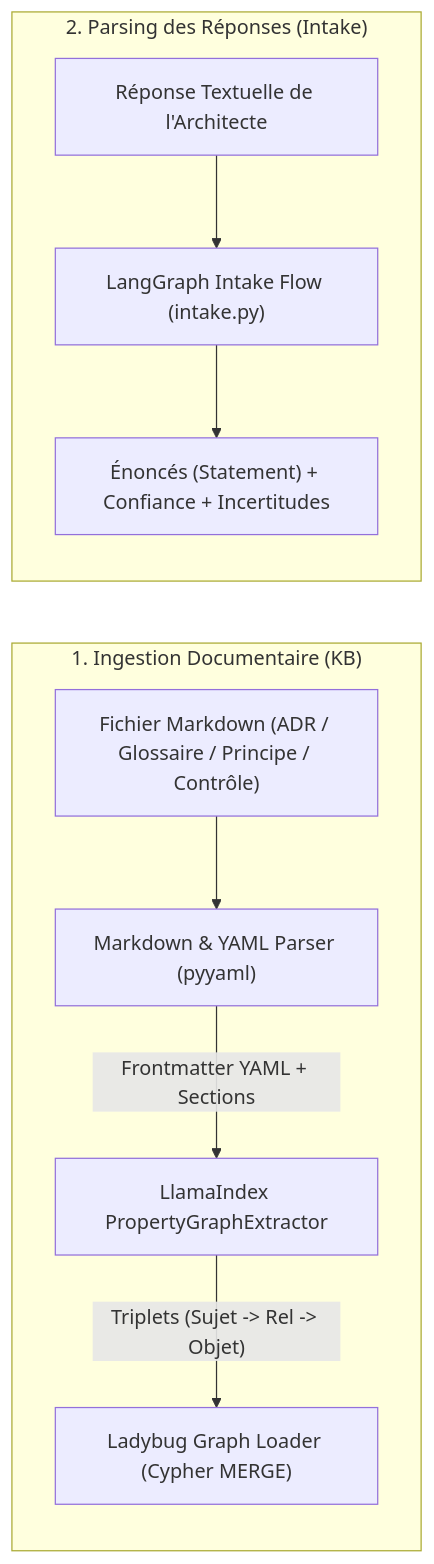
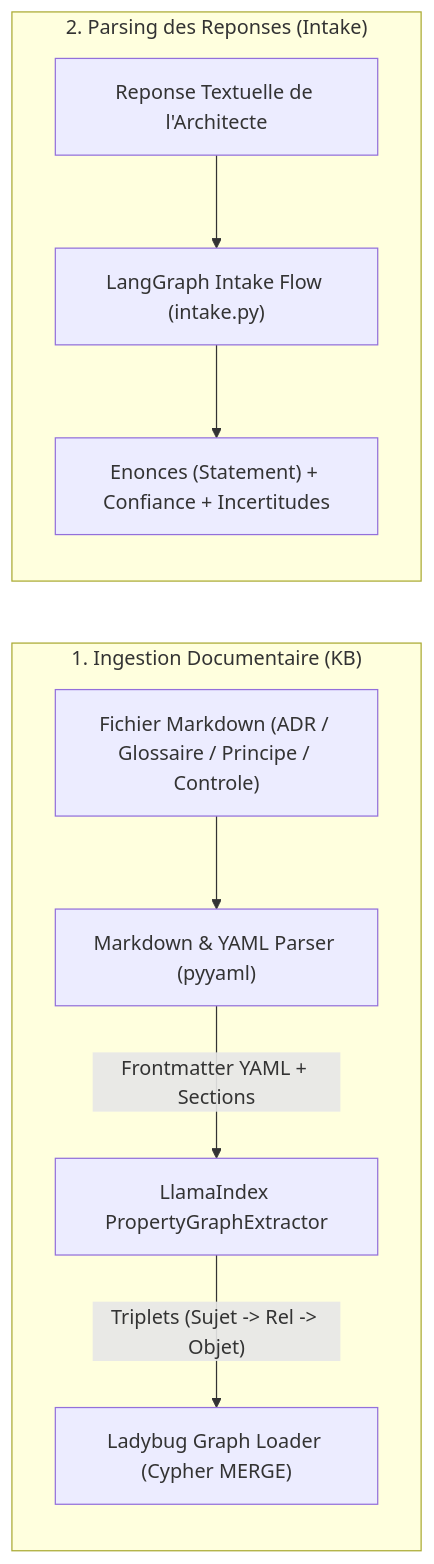
The third of 4 diagrams in docs/architecture.md (MauriceIsrael/LLMOps), drawn with Mermaid before and after one commit. The commit also changed other lines of this file and 12 other files, not shown here.

First line of the commit message:
docs: remove client refs, fix Mermaid + GitHub workflows

````diff
--- a/docs/architecture.md
+++ b/docs/architecture.md
@@ -164,22 +164,22 @@
 ```mermaid
 flowchart LR
     subgraph Step1 ["1. Ingestion Documentaire (KB)"]
-        MD_FILE["Fichier Markdown (ADR / Glossaire / Principe / Contrôle)"]
+        MD_FILE["Fichier Markdown (ADR / Glossaire / Principe / Controle)"]
         PARSER["Markdown & YAML Parser (pyyaml)"]
         EXTRACTOR["LlamaIndex PropertyGraphExtractor"]
         LBUG_LOADER["Ladybug Graph Loader (Cypher MERGE)"]
-        
+
         MD_FILE --> PARSER
         PARSER -->|"Frontmatter YAML + Sections"| EXTRACTOR
         EXTRACTOR -->|"Triplets (Sujet -> Rel -> Objet)"| LBUG_LOADER
     end
 
-    subgraph Step2 ["2. Parsing des Réponses (Intake)"]
-        ANS_TEXT["Réponse Textuelle de l'Architecte"]
+    subgraph Step2 ["2. Parsing des Reponses (Intake)"]
+        ANS_TEXT["Reponse Textuelle de l'Architecte"]
         INTAKE_GRAPH["LangGraph Intake Flow (intake.py)"]
-        STMTS["Énoncés (Statement) + Confiance + Incertitudes"]
-        
+        STMTS["Enonces (Statement) + Confiance + Incertitudes"]
+
         ANS_TEXT --> INTAKE_GRAPH
         INTAKE_GRAPH --> STMTS
     end
 ```
````
